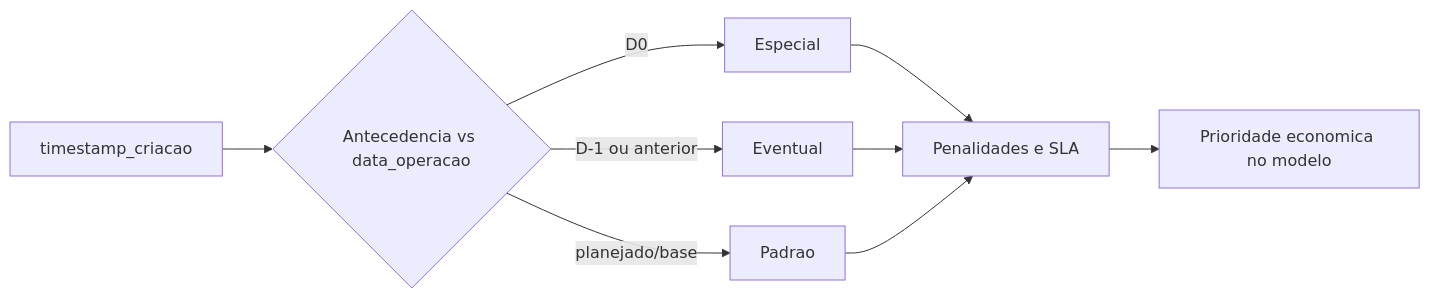
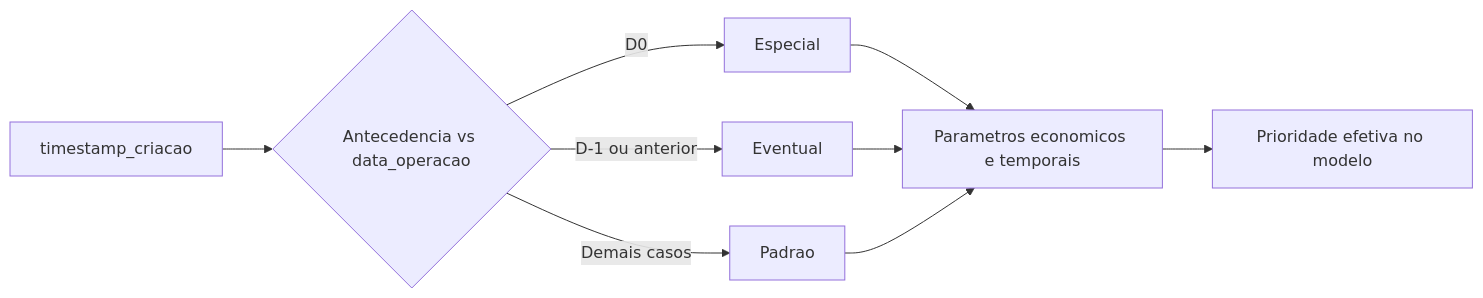
The second of 3 diagrams in docs/formulacao-matematica.md (ThiagoBibiano/aredes-roteirizacao-numerario), drawn with Mermaid before and after one commit. The commit also changed other lines of this file, not shown here.

````diff
--- a/docs/formulacao-matematica.md
+++ b/docs/formulacao-matematica.md
@@ -87,11 +129,11 @@
 ```mermaid
 flowchart LR
     A[timestamp_criacao] --> B{Antecedencia vs data_operacao}
     B -->|D0| C[Especial]
     B -->|D-1 ou anterior| D[Eventual]
-    B -->|planejado/base| E[Padrao]
-    C --> F[Penalidades e SLA]
+    B -->|Demais casos| E[Padrao]
+    C --> F[Parametros economicos e temporais]
     D --> F
     E --> F
-    F --> G[Prioridade economica no modelo]
+    F --> G[Prioridade efetiva no modelo]
 ```
````
